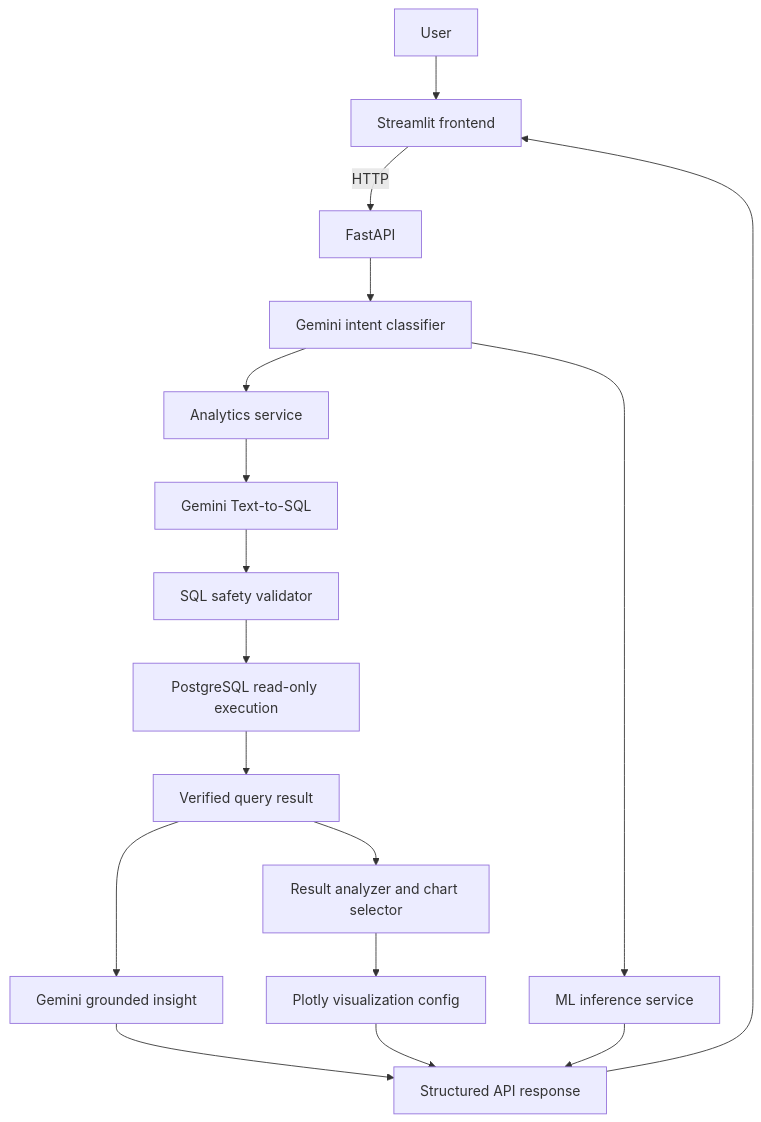
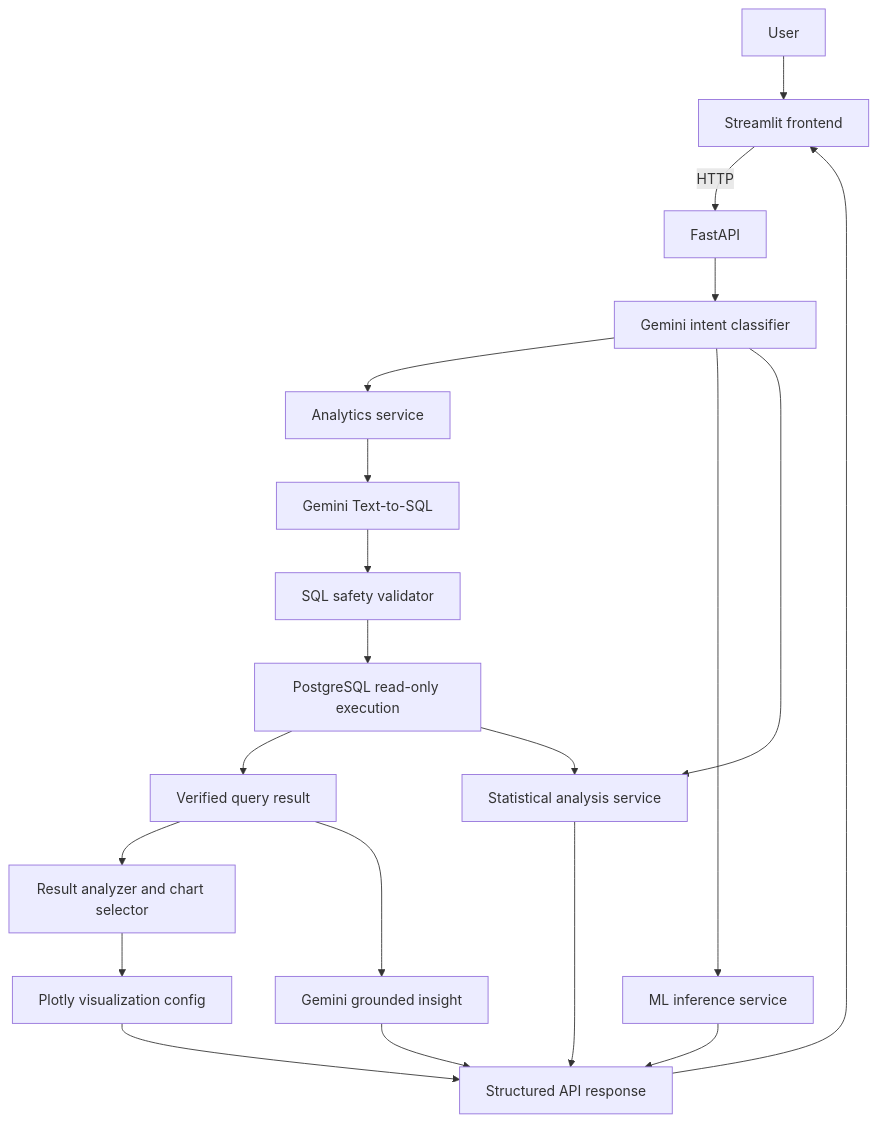
The second of 7 diagrams in README.md (Pardhu156/Enterprise-AI-SQL-Analytics-Copilot), drawn with Mermaid before and after one commit. The commit also changed other lines of this file and 26 other files, not shown here.

Commit message:
Phase 7B : Statistical analysis

````diff
--- a/README.md
+++ b/README.md
@@ -49,19 +54,22 @@
 ```mermaid
 flowchart TD
     U["User"] --> S["Streamlit frontend"]
     S -->|"HTTP"| API["FastAPI"]
     API --> IR["Gemini intent classifier"]
     IR --> AS["Analytics service"]
     IR --> MS["ML inference service"]
+    IR --> SS["Statistical analysis service"]
     AS --> T["Gemini Text-to-SQL"]
     T --> V["SQL safety validator"]
     V --> DB["PostgreSQL read-only execution"]
     DB --> R["Verified query result"]
     R --> RA["Result analyzer and chart selector"]
     R --> GI["Gemini grounded insight"]
     RA --> P["Plotly visualization config"]
     GI --> O["Structured API response"]
     P --> O
     MS --> O
+    DB --> SS
+    SS --> O
     O --> S
 ```
````
